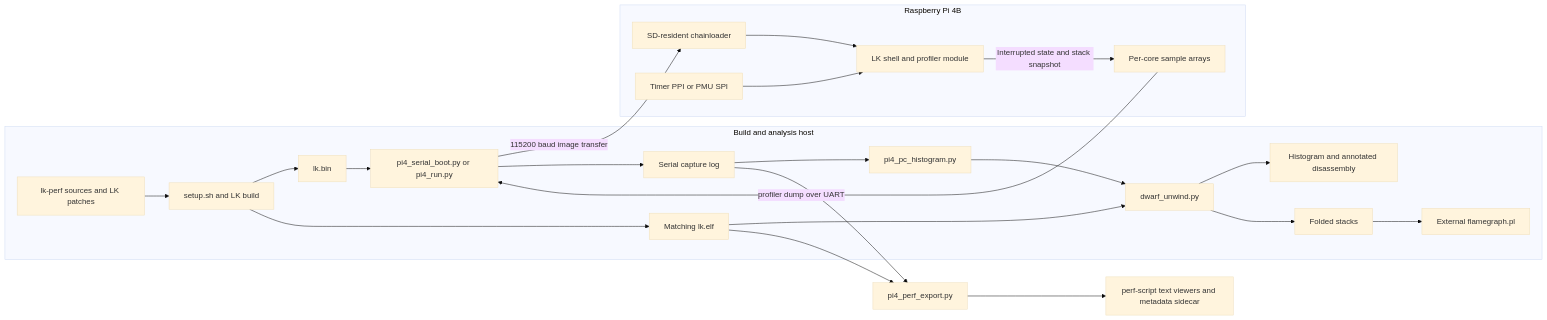
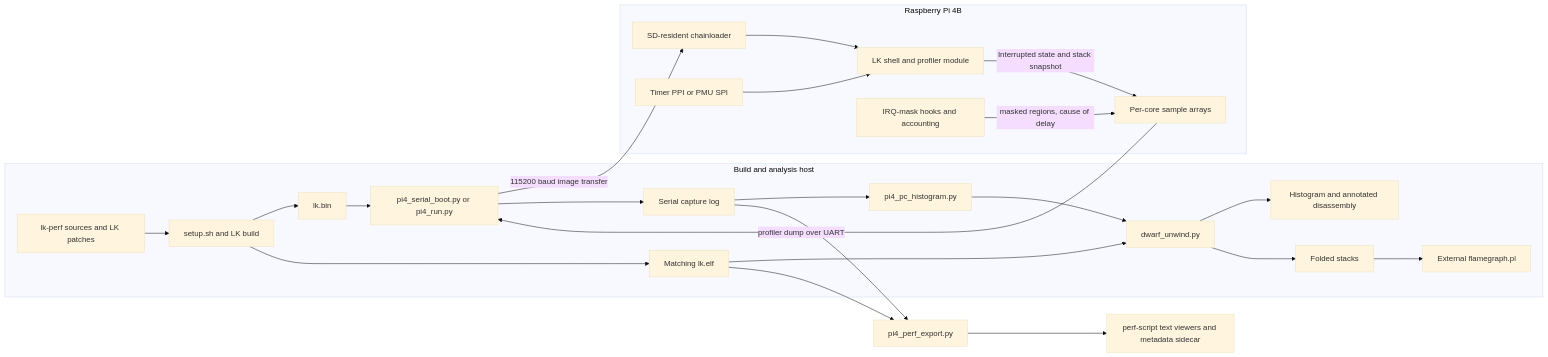
Before and after one commit to shadowfax80/lk-perf: the first of 4 diagrams in docs/ARCHITECTURE.md, drawn with Mermaid (base theme). The commit also changed other lines of this file and 1 other file, not shown here.

First line of the commit message:
docs: architecture updated for K6 and K12 (IRQ-masking design, new section 4.6)

````diff
--- a/docs/ARCHITECTURE.md
+++ b/docs/ARCHITECTURE.md
@@ -70,41 +75,43 @@
 ```mermaid
 flowchart LR
     subgraph Host[Build and analysis host]
         Repo[lk-perf sources and LK patches]
         Build[setup.sh and LK build]
         Bin[lk.bin]
         Elf[Matching lk.elf]
         Driver[pi4_serial_boot.py or pi4_run.py]
         Log[Serial capture log]
         Parse[pi4_pc_histogram.py]
         CFI[dwarf_unwind.py]
         Report[Histogram and annotated disassembly]
         Folded[Folded stacks]
         SVG[External flamegraph.pl]
     end
     subgraph Pi[Raspberry Pi 4B]
         Loader[SD-resident chainloader]
         LK[LK shell and profiler module]
         IRQ[Timer PPI or PMU SPI]
         Ring[Per-core sample arrays]
+        Mask[IRQ-mask hooks and accounting]
     end
     Repo --> Build
     Build --> Bin
     Build --> Elf
     Bin --> Driver
     Driver -->|115200 baud image transfer| Loader
     Loader --> LK
     IRQ --> LK
     LK -->|Interrupted state and stack snapshot| Ring
+    Mask -->|masked regions, cause of delay| Ring
     Ring -->|profiler dump over UART| Driver
     Driver --> Log
     Log --> Parse
     Elf --> CFI
     Parse --> CFI
     CFI --> Report
     CFI --> Folded
     Folded --> SVG
     Log --> Export[pi4_perf_export.py]
     Elf --> Export
     Export --> Viewers[perf-script text viewers and metadata sidecar]
 ```
````
